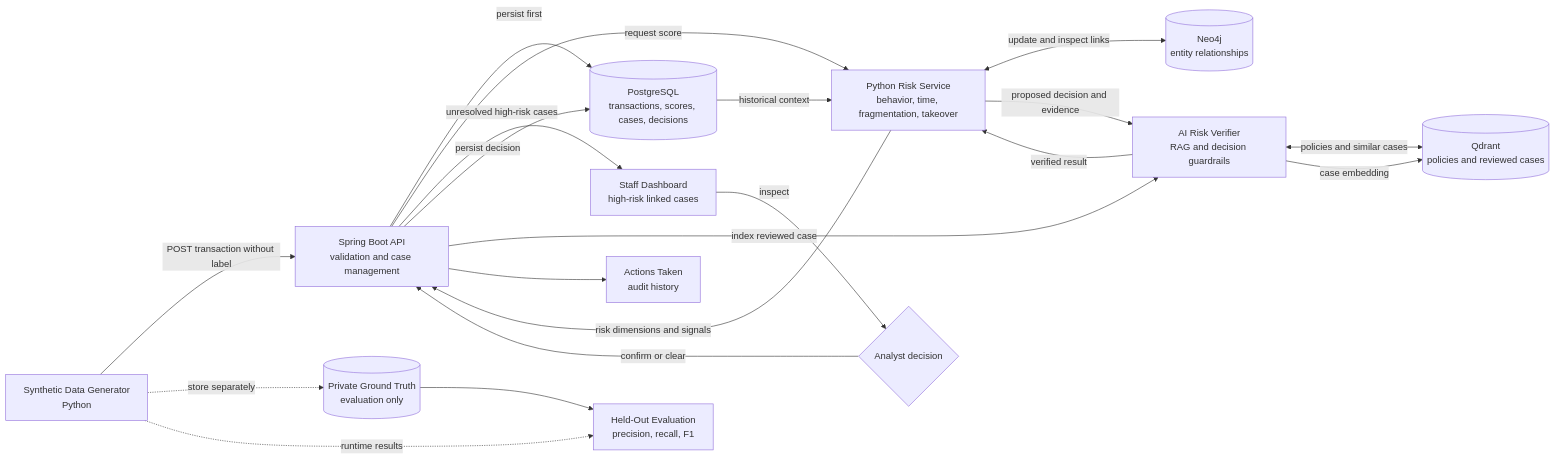
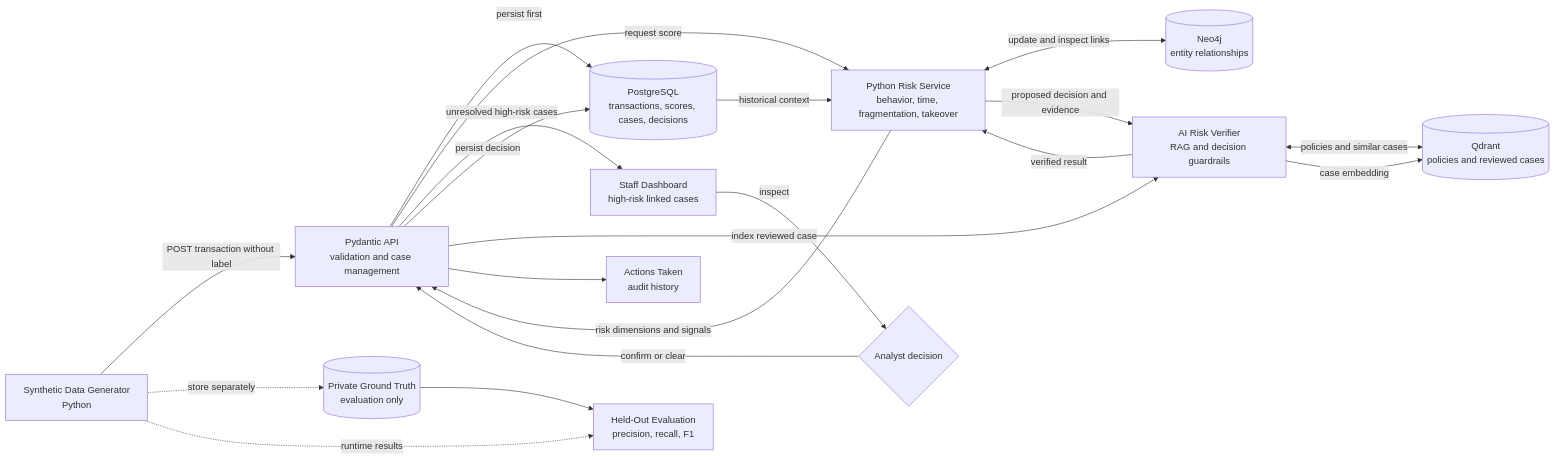
One commit to Brahma-Agni/Risklens changed the diagram in README.md. Above: the diagram before and after it, drawn with Mermaid. The commit also changed other lines of this file and 68 other files, not shown here.

Commit message:
feat: replace Spring backend with Pydantic API

````diff
--- a/README.md
+++ b/README.md
@@ -47,35 +47,35 @@
 ```mermaid
 flowchart LR
     DG["Synthetic Data Generator<br/>Python"]
     LABELS[("Private Ground Truth<br/>evaluation only")]
-    API["Spring Boot API<br/>validation and case management"]
+    API["Pydantic API<br/>validation and case management"]
     PG[("PostgreSQL<br/>transactions, scores, cases, decisions")]
     RISK["Python Risk Service<br/>behavior, time, fragmentation, takeover"]
     NEO[("Neo4j<br/>entity relationships")]
     VER["AI Risk Verifier<br/>RAG and decision guardrails"]
     QD[("Qdrant<br/>policies and reviewed cases")]
     UI["Staff Dashboard<br/>high-risk linked cases"]
     HUMAN{"Analyst decision"}
     ACTIONS["Actions Taken<br/>audit history"]
     EVAL["Held-Out Evaluation<br/>precision, recall, F1"]
 
     DG -->|POST transaction without label| API
     DG -.->|store separately| LABELS
     API -->|persist first| PG
     API -->|request score| RISK
     PG -->|historical context| RISK
     RISK <-->|update and inspect links| NEO
     RISK -->|proposed decision and evidence| VER
     VER <-->|policies and similar cases| QD
     VER -->|verified result| RISK
     RISK -->|risk dimensions and signals| API
     API -->|unresolved high-risk cases| UI
     UI -->|inspect| HUMAN
     HUMAN -->|confirm or clear| API
     API -->|persist decision| PG
     API -->|index reviewed case| VER
     VER -->|case embedding| QD
     API --> ACTIONS
     LABELS --> EVAL
     DG -.->|runtime results| EVAL
 ```
````
